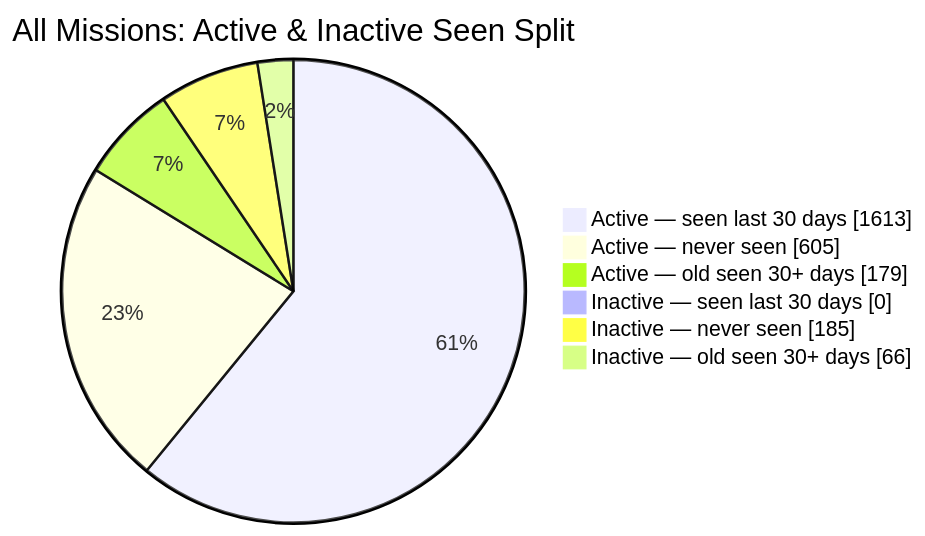
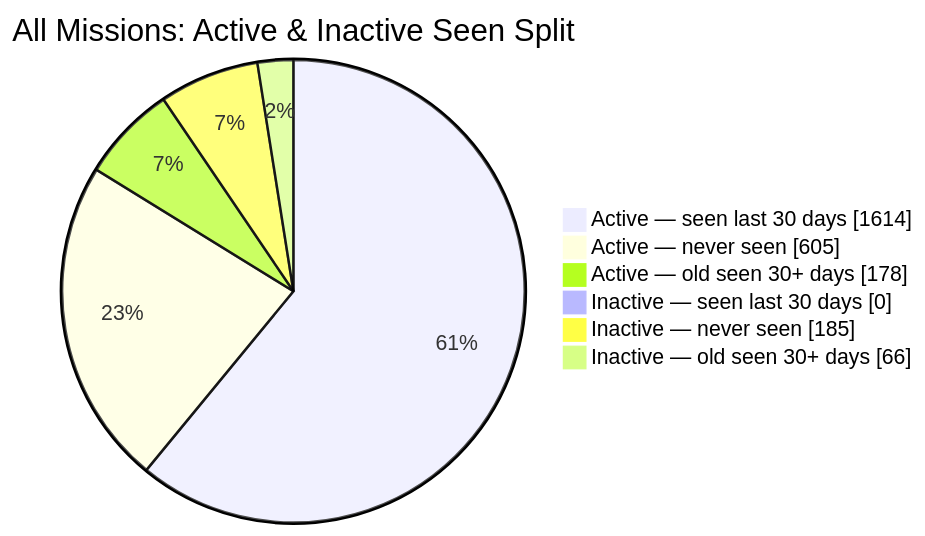
One commit to MeldkamerspelGameTeam/active-missions changed the second of 2 diagrams in README.md. Above: the diagram before and after it, drawn with Mermaid. The commit also changed other lines of this file and 3 other files, not shown here.

````diff
--- a/README.md
+++ b/README.md
@@ -44,10 +44,10 @@
 ```mermaid
 pie showData
     title All Missions: Active & Inactive Seen Split
-    "Active — seen last 30 days" : 1613
+    "Active — seen last 30 days" : 1614
     "Active — never seen" : 605
-    "Active — old seen 30+ days" : 179
+    "Active — old seen 30+ days" : 178
     "Inactive — seen last 30 days" : 0
     "Inactive — never seen" : 185
     "Inactive — old seen 30+ days" : 66
 ```
````
